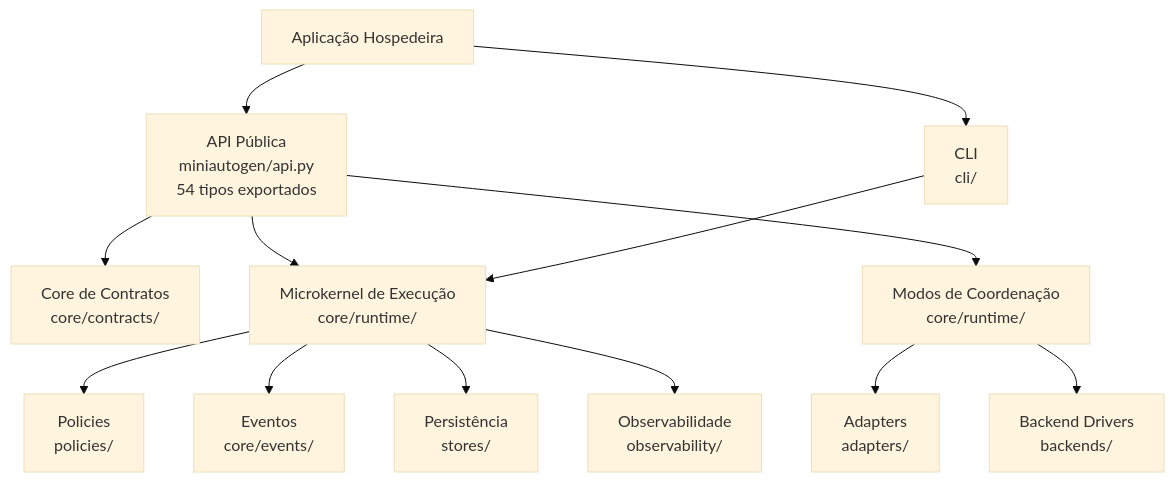
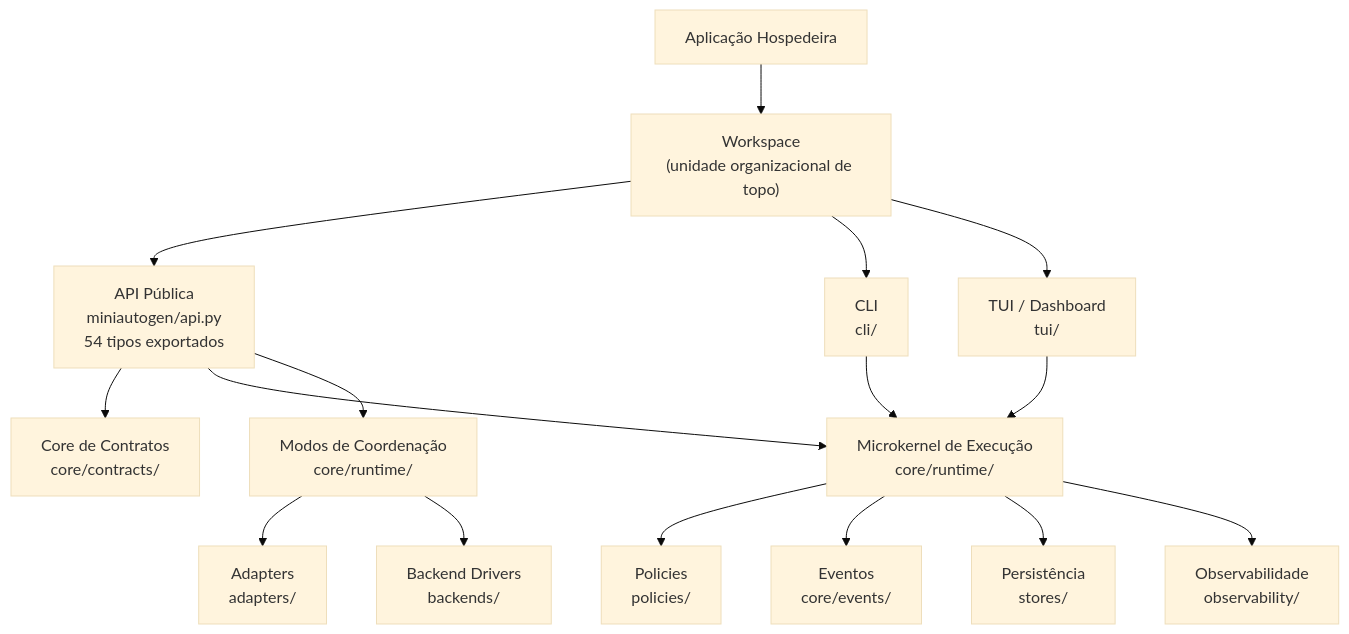
One commit to brunocapelao/miniAutoGen changed the diagram in docs/pt/architecture/02-containers.md. Above: the diagram before and after it, drawn with Mermaid (base theme). The commit also changed other lines of this file and 21 other files, not shown here.

First line of the commit message:
feat: add architectural documentation for MiniAutoGen tech stack and operational invariants

````diff
--- a/docs/pt/architecture/02-containers.md
+++ b/docs/pt/architecture/02-containers.md
@@ -9,19 +9,22 @@
 ```mermaid
 flowchart TB
-    App["Aplicação Hospedeira"] --> API["API Pública\nminiautogen/api.py\n54 tipos exportados"]
+    App["Aplicação Hospedeira"] --> Workspace["Workspace\n(unidade organizacional de topo)"]
+    Workspace --> API["API Pública\nminiautogen/api.py\n54 tipos exportados"]
 
     API --> Contracts["Core de Contratos\ncore/contracts/"]
     API --> Kernel["Microkernel de Execução\ncore/runtime/"]
     API --> Coord["Modos de Coordenação\ncore/runtime/"]
 
     Kernel --> Policies["Policies\npolicies/"]
     Kernel --> Events["Eventos\ncore/events/"]
     Kernel --> Stores["Persistência\nstores/"]
 
     Coord --> Adapters["Adapters\nadapters/"]
     Coord --> Backends["Backend Drivers\nbackends/"]
 
     Kernel --> Observability["Observabilidade\nobservability/"]
-    App --> CLIContainer["CLI\ncli/"]
+    Workspace --> CLIContainer["CLI\ncli/"]
+    Workspace --> TUIContainer["TUI / Dashboard\ntui/"]
     CLIContainer --> Kernel
+    TUIContainer --> Kernel
 ```
````
